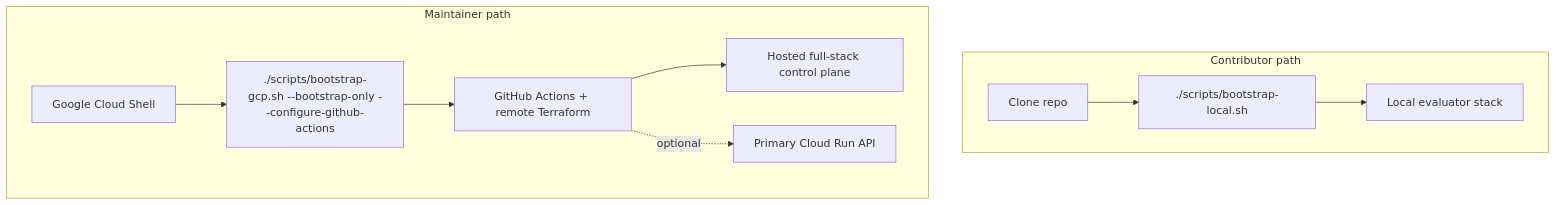
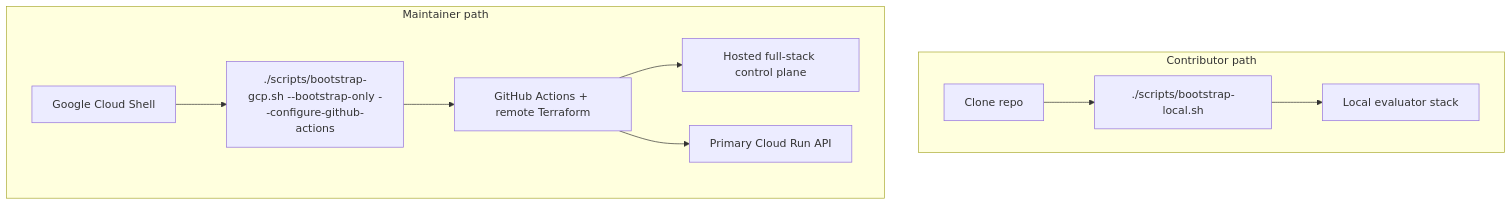
The second of 2 diagrams in README.md (javihslu/foehncast), drawn with Mermaid before and after one commit. The commit also changed 5 other files, not shown here.

````diff
--- a/README.md
+++ b/README.md
@@ -37,21 +37,21 @@
 ```mermaid
 flowchart TB
   subgraph Contributor[Contributor path]
     Clone[Clone repo]
     Local[./scripts/bootstrap-local.sh]
     Compose[Local evaluator stack]
   end
 
   subgraph Maintainer[Maintainer path]
     Shell[Google Cloud Shell]
     Bootstrap[./scripts/bootstrap-gcp.sh --bootstrap-only --configure-github-actions]
     Cloud[GitHub Actions + remote Terraform]
     Host[Hosted full-stack control plane]
     Run[Primary Cloud Run API]
   end
 
   Clone --> Local --> Compose
   Shell --> Bootstrap --> Cloud
   Cloud --> Host
-  Cloud -. optional .-> Run
+  Cloud --> Run
 ```
````
